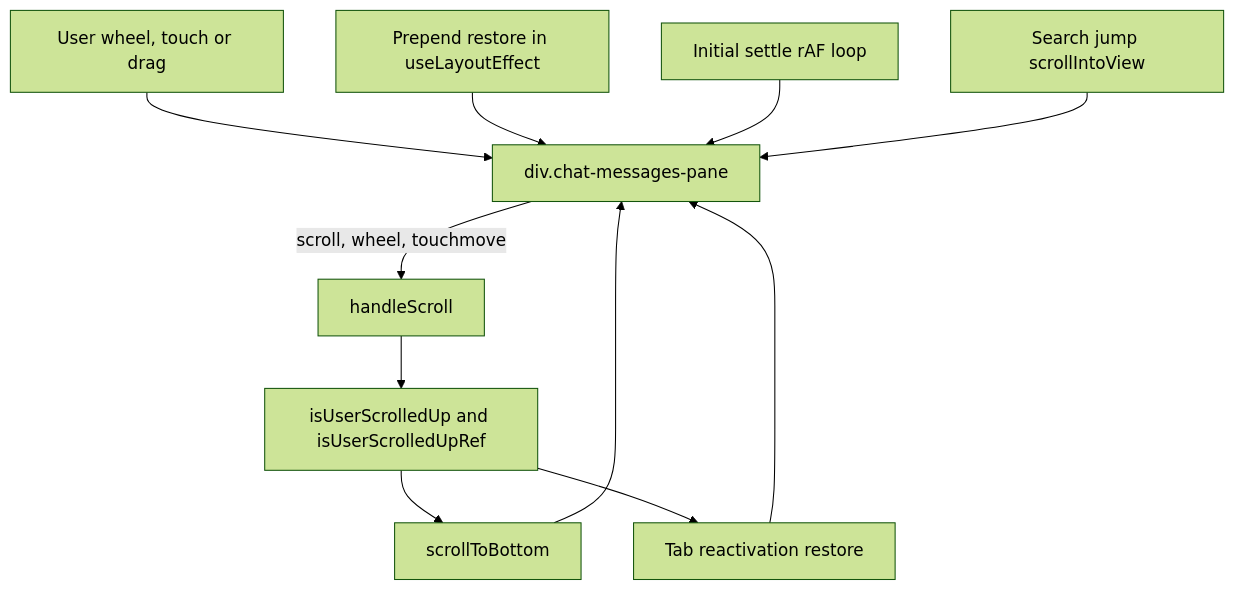
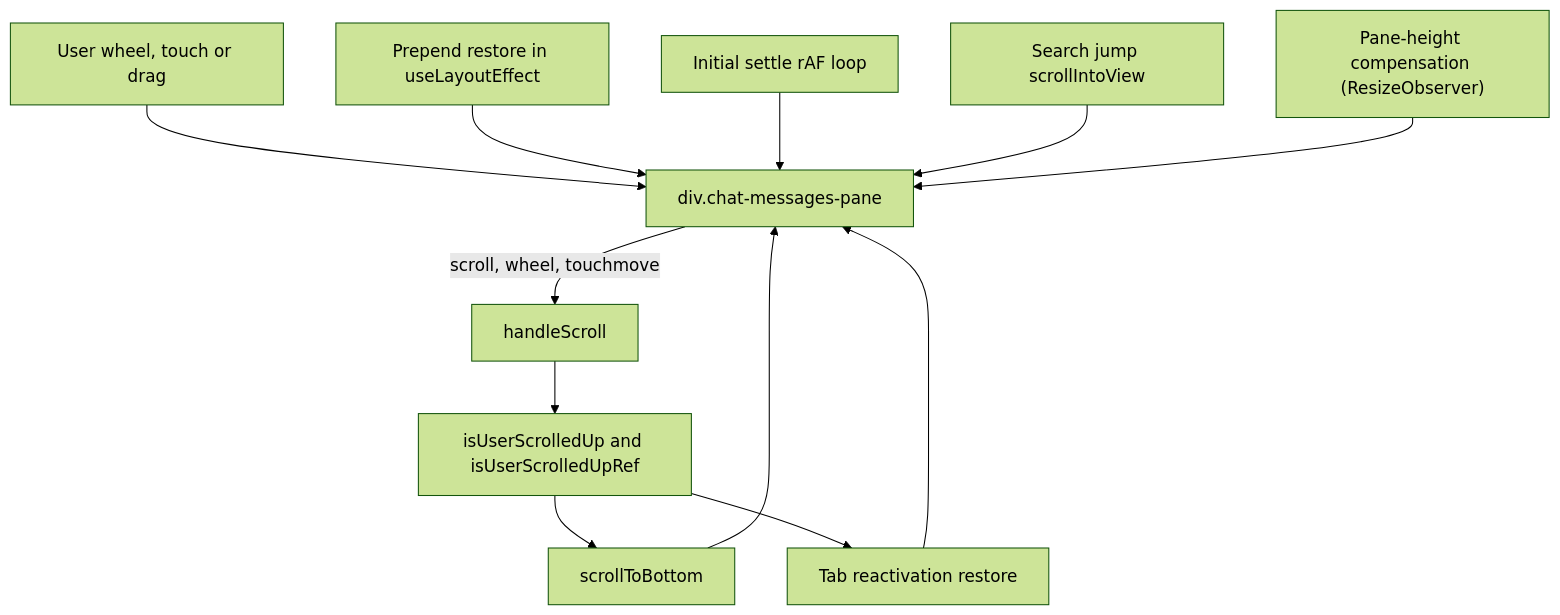
Before and after one commit to selierlin/cloudcli: the first of 5 diagrams in docs/architecture/05-scrolling.md, drawn with Mermaid (forest theme). The commit also changed other lines of this file and 13 other files, not shown here.

````diff
--- a/docs/architecture/05-scrolling.md
+++ b/docs/architecture/05-scrolling.md
@@ -82,13 +88,14 @@
 ```mermaid
 flowchart TD
   U["User wheel, touch or drag"] --> PANE["div.chat-messages-pane"]
   W1["scrollToBottom"] --> PANE
   W2["Prepend restore in useLayoutEffect"] --> PANE
   W3["Tab reactivation restore"] --> PANE
   W4["Initial settle rAF loop"] --> PANE
   W5["Search jump scrollIntoView"] --> PANE
+  W6["Pane-height compensation (ResizeObserver)"] --> PANE
   PANE -->|"scroll, wheel, touchmove"| HS["handleScroll"]
   HS --> FLAG["isUserScrolledUp and isUserScrolledUpRef"]
   FLAG --> W1
   FLAG --> W3
 ```
````
